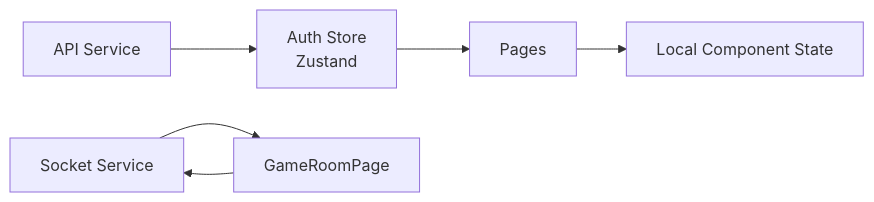
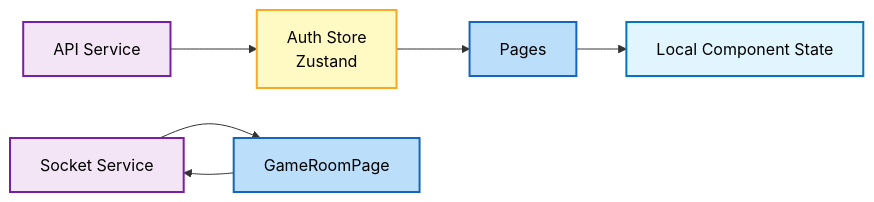
One commit to hamza-berahma/set-game changed the second of 2 diagrams in frontend/README.md. Above: the diagram before and after it, drawn with Mermaid. The commit also changed other lines of this file and 7 other files, not shown here.

````diff
--- a/frontend/README.md
+++ b/frontend/README.md
@@ -158,9 +167,19 @@
 ```mermaid
 graph LR
     AuthStore[Auth Store<br/>Zustand] --> Pages[Pages]
     SocketService[Socket Service] --> GameRoom[GameRoomPage]
     API[API Service] --> AuthStore
     
     Pages --> LocalState[Local Component State]
     GameRoom --> SocketService
+    
+    classDef state fill:#FFF9C4,stroke:#F9A825,stroke-width:2px,color:#000
+    classDef service fill:#F3E5F5,stroke:#7B1FA2,stroke-width:2px,color:#000
+    classDef page fill:#BBDEFB,stroke:#1565C0,stroke-width:2px,color:#000
+    classDef local fill:#E1F5FE,stroke:#0277BD,stroke-width:2px,color:#000
+    
+    class AuthStore state
+    class SocketService,API service
+    class Pages,GameRoom page
+    class LocalState local
 ```
````
